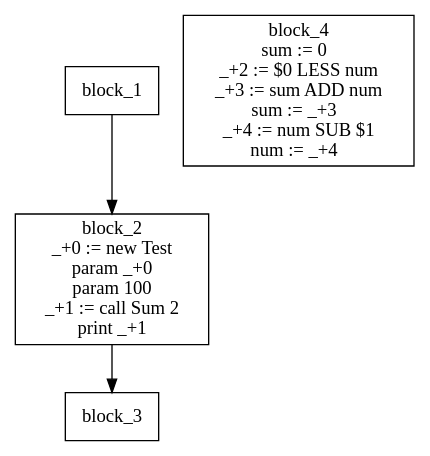
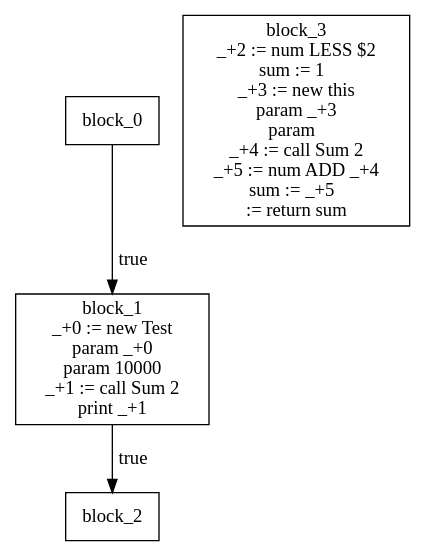
The diagram in assignment_3/ir.dot (DahVoid/DV1655), drawn with Graphviz before and after one commit. The commit also changed 3 other files, not shown here.

```diff
--- a/assignment_3/ir.dot
+++ b/assignment_3/ir.dot
@@ -1,24 +1,27 @@
 digraph G {
 node [shape = box];
+block_0 [label="block_0
+"];
+block_0 -> block_1 [ label="true"];
 block_1 [label="block_1
-"];
-block_1 -> block_2;
-block_2 [label="block_2
 _+0 := new Test 
 param _+0 
-param 100 
+param 10000 
 _+1 := call Sum 2
 print _+1 
 "];
-block_2 -> block_3;
+block_1 -> block_2 [ label="true"];
+block_2 [label="block_2
+"];
 block_3 [label="block_3
-"];
-block_4 [label="block_4
-sum := 0  
-_+2 := $0 LESS num
-_+3 := sum ADD num
-sum := _+3  
-_+4 := num SUB $1
-num := _+4  
+_+2 := num LESS $2
+sum := 1  
+_+3 := new this 
+param _+3 
+param  
+_+4 := call Sum 2
+_+5 := num ADD _+4
+sum := _+5  
+ := return sum 
 "];
 }
```
